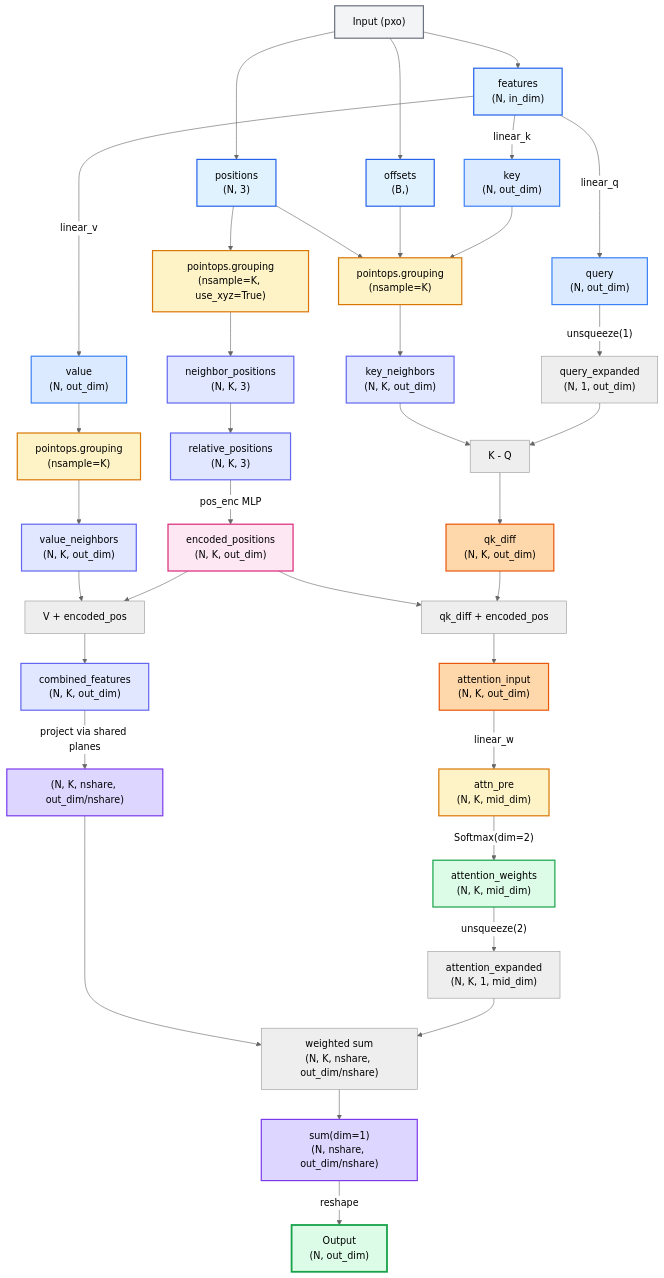
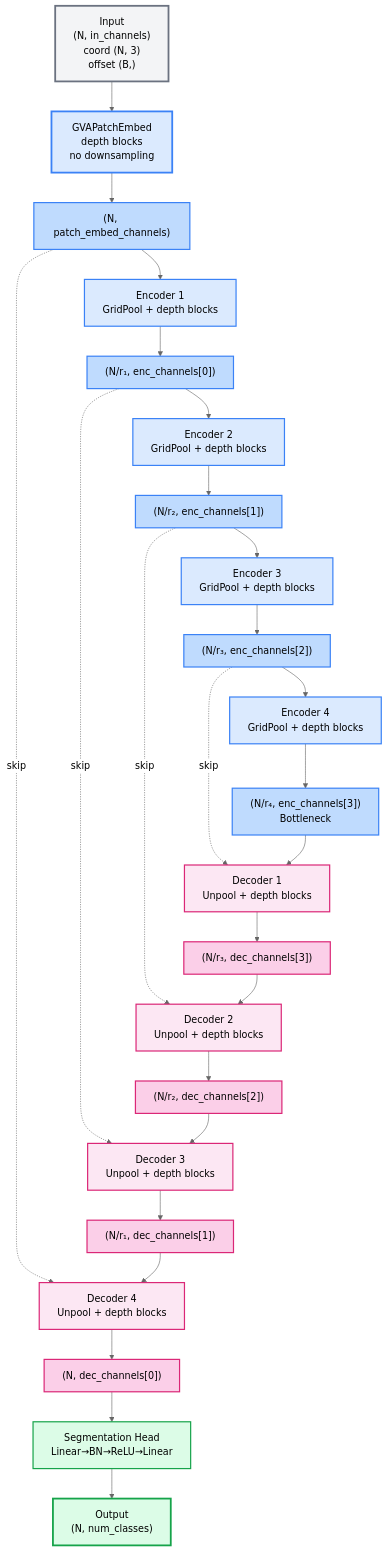
One commit to antoineach/antoineach.github.io changed the diagram in assets/img/test.md. Above: the diagram before and after it, drawn with Mermaid (neutral theme).

````diff
--- a/assets/img/test.md
+++ b/assets/img/test.md
@@ -1,82 +1,69 @@
 ```mermaid
 ---
 config:
   layout: dagre
 ---
 flowchart TD
-    Input["Input (pxo)"] --> P["positions<br>(N, 3)"]
-    Input --> X["features<br>(N, in_dim)"]
-    Input --> O["offsets<br>(B,)"]
-
-    %% --- Stage 1 : QKV projections ---
-    X -- linear_q --> Q["query<br>(N, out_dim)"]
-    X -- linear_k --> K["key<br>(N, out_dim)"]
-    X -- linear_v --> V["value<br>(N, out_dim)"]
-
-    %% --- Stage 2 : Neighbor grouping ---
-    P --> Grouping
-    O --> Grouping
-    K --> Grouping
-    Grouping["pointops.grouping<br>(nsample=K)"] --> KNeighbors["key_neighbors<br>(N, K, out_dim)"]
-    V --> GroupingV
-    GroupingV["pointops.grouping<br>(nsample=K)"] --> VNeighbors["value_neighbors<br>(N, K, out_dim)"]
-
-    %% --- Stage 3 : Relative positions ---
-    P --> GroupingPos
-    GroupingPos["pointops.grouping<br>(nsample=K, use_xyz=True)"] --> PNeighbors["neighbor_positions<br>(N, K, 3)"]
-    PNeighbors --> RelPos["relative_positions<br>(N, K, 3)"]
-    RelPos -- pos_enc MLP --> EncPos["encoded_positions<br>(N, K, out_dim)"]
-
-    %% --- Stage 4 : Attention weight computation ---
-    Q -- unsqueeze(1) --> QExp["query_expanded<br>(N, 1, out_dim)"]
-    KNeighbors --> Diff["K - Q"]
-    QExp --> Diff
-    Diff --> QKDiff["qk_diff<br>(N, K, out_dim)"]
-    EncPos --> Combine
-    QKDiff --> Combine
-    Combine["qk_diff + encoded_pos"] --> AttnInput["attention_input<br>(N, K, out_dim)"]
-    AttnInput -- linear_w --> AttnPre["attn_pre<br>(N, K, mid_dim)"]
-    AttnPre -- Softmax(dim=2) --> AttnWeights["attention_weights<br>(N, K, mid_dim)"]
-
-    %% --- Stage 5 : Feature aggregation ---
-    VNeighbors --> CombFeats["V + encoded_pos"]
-    EncPos --> CombFeats
-    CombFeats --> Combined["combined_features<br>(N, K, out_dim)"]
-    Combined -- "project via shared planes" --> CombinedProj["(N, K, nshare, out_dim/nshare)"]
-    AttnWeights -- unsqueeze(2) --> AttnExp["attention_expanded<br>(N, K, 1, mid_dim)"]
-    CombinedProj --> Multiply
-    AttnExp --> Multiply
-    Multiply["weighted sum<br>(N, K, nshare, out_dim/nshare)"]
-      --> Aggregated["sum(dim=1)<br>(N, nshare, out_dim/nshare)"]
-    Aggregated -- "reshape" --> Output["Output<br>(N, out_dim)"]
-
-    %% --- Styles ---
-    style Input fill:#f3f4f6,stroke:#6b7280,stroke-width:2px
-    style P fill:#e0f2fe,stroke:#2563eb,stroke-width:2px
-    style X fill:#e0f2fe,stroke:#2563eb,stroke-width:2px
-    style O fill:#e0f2fe,stroke:#2563eb,stroke-width:2px
-
-    style Q fill:#dbeafe,stroke:#3b82f6,stroke-width:2px
-    style K fill:#dbeafe,stroke:#3b82f6,stroke-width:2px
-    style V fill:#dbeafe,stroke:#3b82f6,stroke-width:2px
-
-    style Grouping fill:#fef3c7,stroke:#d97706,stroke-width:2px
-    style GroupingV fill:#fef3c7,stroke:#d97706,stroke-width:2px
-    style GroupingPos fill:#fef3c7,stroke:#d97706,stroke-width:2px
-
-    style KNeighbors fill:#e0e7ff,stroke:#6366f1,stroke-width:2px
-    style VNeighbors fill:#e0e7ff,stroke:#6366f1,stroke-width:2px
-    style PNeighbors fill:#e0e7ff,stroke:#6366f1,stroke-width:2px
-    style RelPos fill:#e0e7ff,stroke:#6366f1,stroke-width:2px
-    style EncPos fill:#fce7f3,stroke:#db2777,stroke-width:2px
-
-    style QKDiff fill:#fed7aa,stroke:#ea580c,stroke-width:2px
-    style AttnInput fill:#fed7aa,stroke:#ea580c,stroke-width:2px
-    style AttnPre fill:#fef3c7,stroke:#d97706,stroke-width:2px
-    style AttnWeights fill:#dcfce7,stroke:#16a34a,stroke-width:2px
-
-    style Combined fill:#e0e7ff,stroke:#6366f1,stroke-width:2px
-    style CombinedProj fill:#ddd6fe,stroke:#7c3aed,stroke-width:2px
-    style Aggregated fill:#ddd6fe,stroke:#7c3aed,stroke-width:2px
+    Input["Input<br>(N, in_channels)<br>coord (N, 3)<br>offset (B,)"] --> PatchEmbed["GVAPatchEmbed<br>depth blocks<br>no downsampling"]
+    
+    PatchEmbed --> P0["(N, patch_embed_channels)"]
+    
+    P0 --> Enc1["Encoder 1<br>GridPool + depth blocks"]
+    Enc1 --> P1["(N/r₁, enc_channels[0])"]
+    
+    P1 --> Enc2["Encoder 2<br>GridPool + depth blocks"]
+    Enc2 --> P2["(N/r₂, enc_channels[1])"]
+    
+    P2 --> Enc3["Encoder 3<br>GridPool + depth blocks"]
+    Enc3 --> P3["(N/r₃, enc_channels[2])"]
+    
+    P3 --> Enc4["Encoder 4<br>GridPool + depth blocks"]
+    Enc4 --> P4["(N/r₄, enc_channels[3])<br>Bottleneck"]
+    
+    P0 -.skip.-> Dec4
+    P1 -.skip.-> Dec3
+    P2 -.skip.-> Dec2
+    P3 -.skip.-> Dec1
+    
+    P4 --> Dec1["Decoder 1<br>Unpool + depth blocks"]
+    Dec1 --> D3["(N/r₃, dec_channels[3])"]
+    
+    D3 --> Dec2["Decoder 2<br>Unpool + depth blocks"]
+    Dec2 --> D2["(N/r₂, dec_channels[2])"]
+    
+    D2 --> Dec3["Decoder 3<br>Unpool + depth blocks"]
+    Dec3 --> D1["(N/r₁, dec_channels[1])"]
+    
+    D1 --> Dec4["Decoder 4<br>Unpool + depth blocks"]
+    Dec4 --> D0["(N, dec_channels[0])"]
+    
+    D0 --> Head["Segmentation Head<br>Linear→BN→ReLU→Linear"]
+    Head --> Output["Output<br>(N, num_classes)"]
+    
+    style Input fill:#f3f4f6,stroke:#6b7280,stroke-width:3px
+    style PatchEmbed fill:#dbeafe,stroke:#3b82f6,stroke-width:3px
+    style P0 fill:#bfdbfe,stroke:#3b82f6,stroke-width:2px
+    
+    style Enc1 fill:#dbeafe,stroke:#3b82f6,stroke-width:2px
+    style Enc2 fill:#dbeafe,stroke:#3b82f6,stroke-width:2px
+    style Enc3 fill:#dbeafe,stroke:#3b82f6,stroke-width:2px
+    style Enc4 fill:#dbeafe,stroke:#3b82f6,stroke-width:2px
+    
+    style P1 fill:#bfdbfe,stroke:#3b82f6,stroke-width:2px
+    style P2 fill:#bfdbfe,stroke:#3b82f6,stroke-width:2px
+    style P3 fill:#bfdbfe,stroke:#3b82f6,stroke-width:2px
+    style P4 fill:#bfdbfe,stroke:#3b82f6,stroke-width:2px
+    
+    style Dec1 fill:#fce7f3,stroke:#db2777,stroke-width:2px
+    style Dec2 fill:#fce7f3,stroke:#db2777,stroke-width:2px
+    style Dec3 fill:#fce7f3,stroke:#db2777,stroke-width:2px
+    style Dec4 fill:#fce7f3,stroke:#db2777,stroke-width:2px
+    
+    style D3 fill:#fbcfe8,stroke:#db2777,stroke-width:2px
+    style D2 fill:#fbcfe8,stroke:#db2777,stroke-width:2px
+    style D1 fill:#fbcfe8,stroke:#db2777,stroke-width:2px
+    style D0 fill:#fbcfe8,stroke:#db2777,stroke-width:2px
+    
+    style Head fill:#dcfce7,stroke:#16a34a,stroke-width:2px
     style Output fill:#dcfce7,stroke:#16a34a,stroke-width:3px
 ```
````
